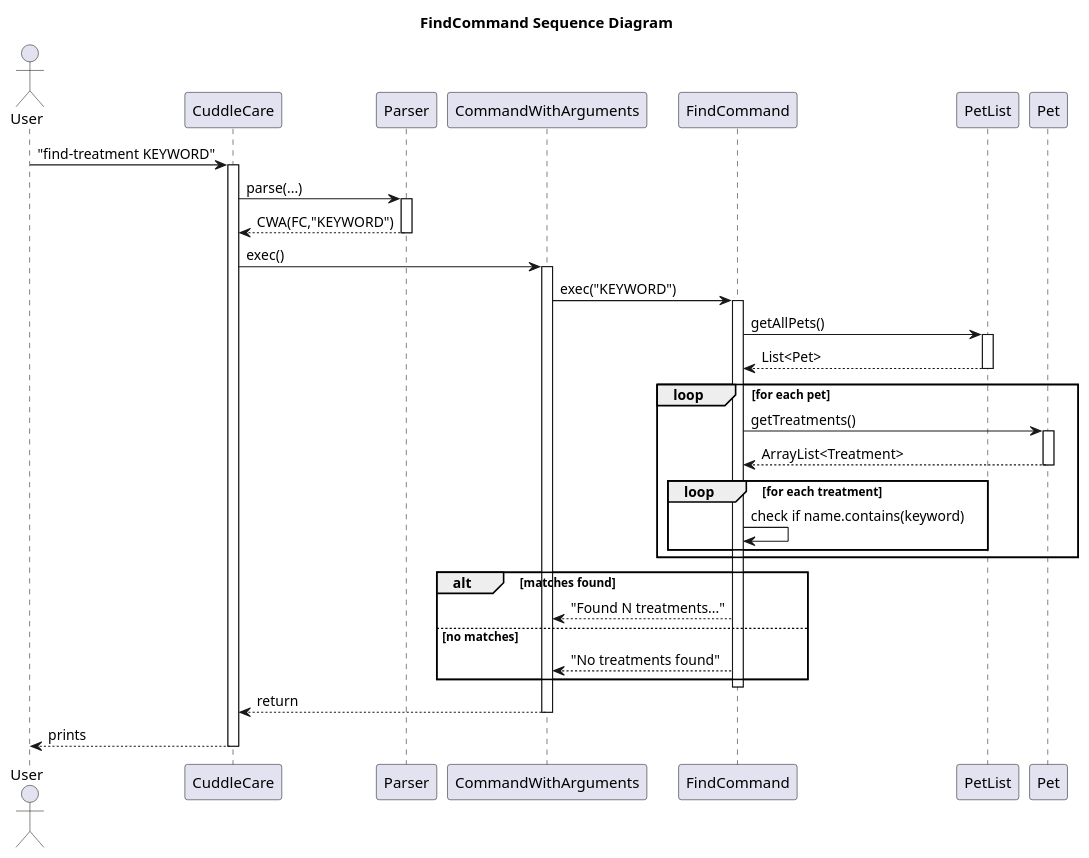
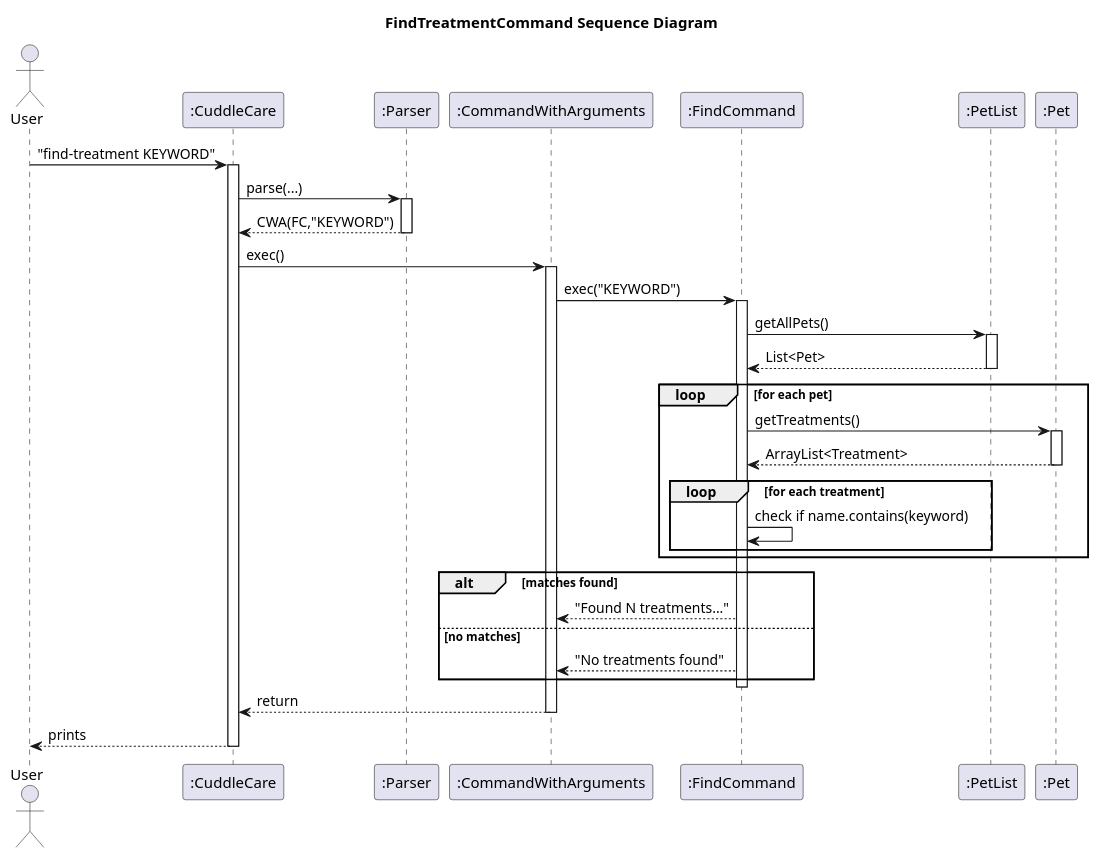
Before and after one commit to Kevin88866/tp: the diagram in docs/uml/FindTreatmentCommandSequence.puml, drawn with PlantUML. The commit also changed 4 other files, not shown here.

Commit message:
Update sequence diagrams with correct notation

```diff
--- a/docs/uml/FindTreatmentCommandSequence.puml
+++ b/docs/uml/FindTreatmentCommandSequence.puml
@@ -1,50 +1,50 @@
 @startuml
-title FindCommand Sequence Diagram
+title FindTreatmentCommand Sequence Diagram
 actor User
-participant CuddleCare
-participant Parser
-participant CommandWithArguments as CWA
-participant FindCommand as FC
-participant PetList
-participant Pet
+participant ":CuddleCare" as CuddleCare
+participant ":Parser" as Parser
+participant ":CommandWithArguments" as CWA
+participant ":FindCommand" as FC
+participant ":PetList" as PetList
+participant ":Pet" as Pet
 
 User -> CuddleCare : "find-treatment KEYWORD"
 activate CuddleCare
 CuddleCare -> Parser : parse(...)
 activate Parser
 Parser --> CuddleCare : CWA(FC,"KEYWORD")
 deactivate Parser
 
 CuddleCare -> CWA : exec()
 activate CWA
 CWA -> FC : exec("KEYWORD")
 activate FC
 
 FC -> PetList : getAllPets()
 activate PetList
 PetList --> FC : List<Pet>
 deactivate PetList
 
 loop for each pet
   FC -> Pet : getTreatments()
   activate Pet
   Pet --> FC : ArrayList<Treatment>
   deactivate Pet
 
   loop for each treatment
     FC -> FC : check if name.contains(keyword)
   end
 end
 
 alt matches found
   FC --> CWA : "Found N treatments..."
 else no matches
   FC --> CWA : "No treatments found"
 end
 
 deactivate FC
 CWA --> CuddleCare : return
 deactivate CWA
 CuddleCare --> User : prints
 deactivate CuddleCare
 @enduml
```
